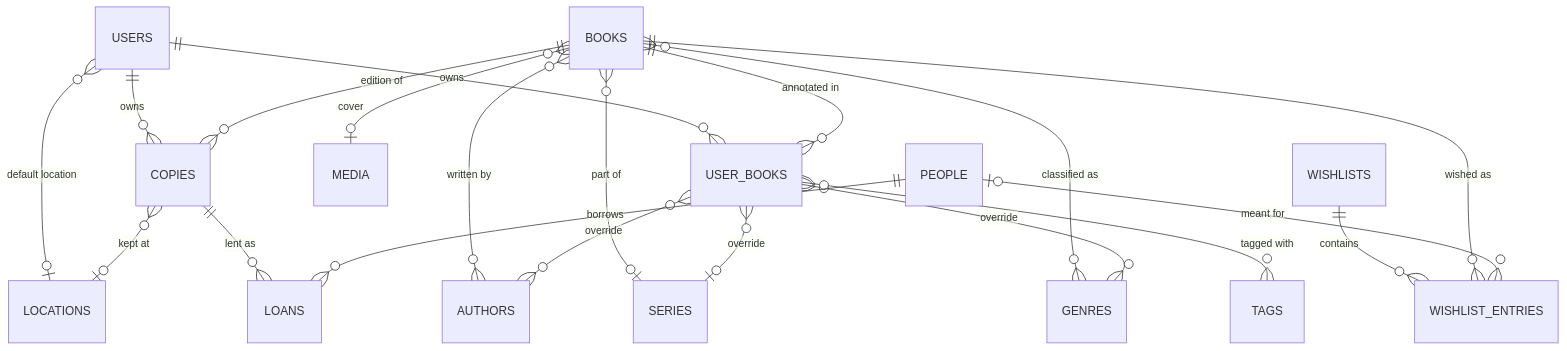
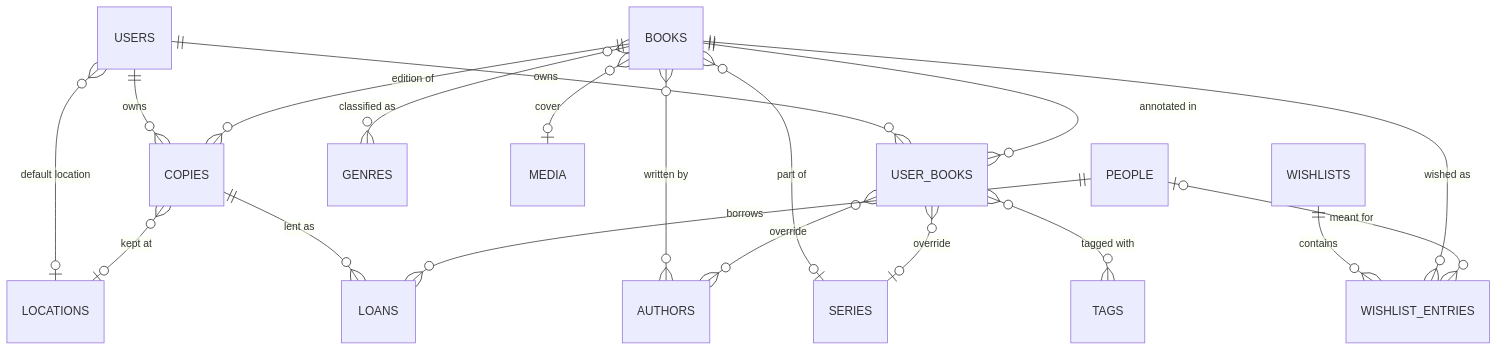
The second of 3 diagrams in _bmad-output/planning-artifacts/architecture/architecture-bookeh-2026-10-03/ARCHITECTURE-SPINE.md (mikahimself/bookeh), drawn with Mermaid before and after one commit. The commit also changed other lines of this file and 8 other files, not shown here.

````diff
--- a/_bmad-output/planning-artifacts/architecture/architecture-bookeh-2026-10-03/ARCHITECTURE-SPINE.md
+++ b/_bmad-output/planning-artifacts/architecture/architecture-bookeh-2026-10-03/ARCHITECTURE-SPINE.md
@@ -340,22 +343,21 @@
 ```mermaid
 erDiagram
   USERS ||--o{ COPIES : owns
   USERS ||--o{ USER_BOOKS : owns
   USERS }o--o| LOCATIONS : "default location"
   BOOKS ||--o{ COPIES : "edition of"
   BOOKS ||--o{ USER_BOOKS : "annotated in"
   BOOKS }o--o{ AUTHORS : "written by"
   BOOKS }o--o| SERIES : "part of"
   BOOKS }o--o{ GENRES : "classified as"
   BOOKS }o--o| MEDIA : cover
   USER_BOOKS }o--o{ AUTHORS : "override"
   USER_BOOKS }o--o| SERIES : "override"
-  USER_BOOKS }o--o{ GENRES : "override"
   USER_BOOKS }o--o{ TAGS : "tagged with"
   COPIES }o--o| LOCATIONS : "kept at"
   COPIES ||--o{ LOANS : "lent as"
   PEOPLE ||--o{ LOANS : borrows
   WISHLISTS ||--o{ WISHLIST_ENTRIES : contains
   BOOKS ||--o{ WISHLIST_ENTRIES : "wished as"
   PEOPLE |o--o{ WISHLIST_ENTRIES : "meant for"
 ```
````
